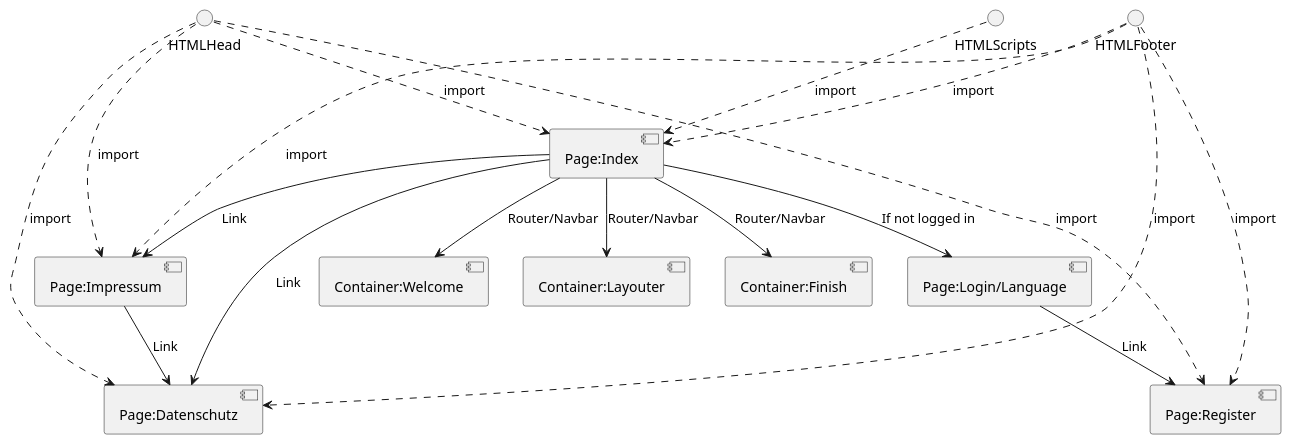
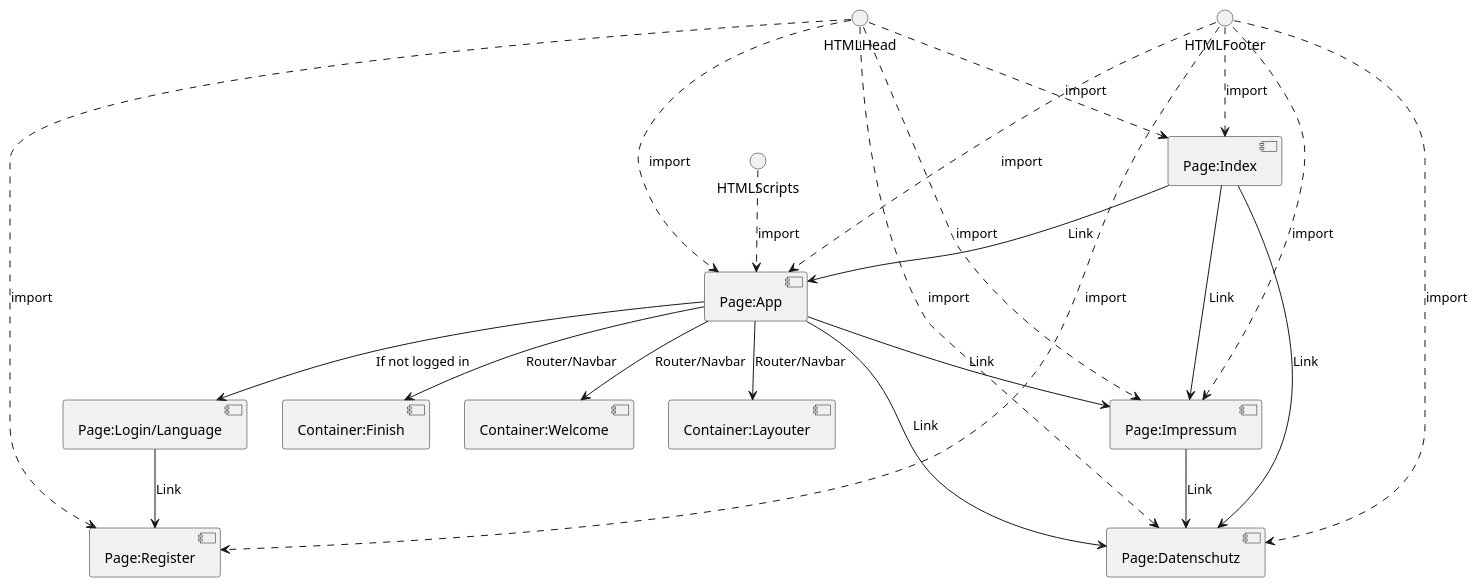
Before and after one commit to WebDaD/Resilienz: the diagram in docs/structure.puml, drawn with PlantUML. The commit also changed 2 other files, not shown here.

Commit message:
Added landing Page

```diff
--- a/docs/structure.puml
+++ b/docs/structure.puml
@@ -1,28 +1,34 @@
 @startuml
 
 HTMLHead ..> [Page:Index] : import
-HTMLScripts ..> [Page:Index] : import
 HTMLFooter ..> [Page:Index] : import
+
+HTMLHead ..> [Page:App] : import
+HTMLScripts ..> [Page:App] : import
+HTMLFooter ..> [Page:App] : import
 
 HTMLHead  ..> [Page:Impressum] : import
 HTMLFooter ..> [Page:Impressum] : import
 
 HTMLHead  ..> [Page:Datenschutz] : import
 HTMLFooter ..> [Page:Datenschutz] : import
 
 HTMLHead ..> [Page:Register] : import
 HTMLFooter ..> [Page:Register] : import
 
 [Page:Index] --> [Page:Impressum] : Link
 [Page:Index] --> [Page:Datenschutz] : Link
+[Page:Index] --> [Page:App] : Link
+[Page:App] --> [Page:Impressum] : Link
+[Page:App] --> [Page:Datenschutz] : Link
 [Page:Impressum] --> [Page:Datenschutz] : Link
 
-[Page:Index] --> [Page:Login/Language] : If not logged in
+[Page:App] --> [Page:Login/Language] : If not logged in
 [Page:Login/Language] --> [Page:Register] : Link
 
-[Page:Index] --> [Container:Welcome] : Router/Navbar
-[Page:Index] --> [Container:Layouter] : Router/Navbar
-[Page:Index] --> [Container:Finish] : Router/Navbar
+[Page:App] --> [Container:Welcome] : Router/Navbar
+[Page:App] --> [Container:Layouter] : Router/Navbar
+[Page:App] --> [Container:Finish] : Router/Navbar
 
 
 @enduml
```
